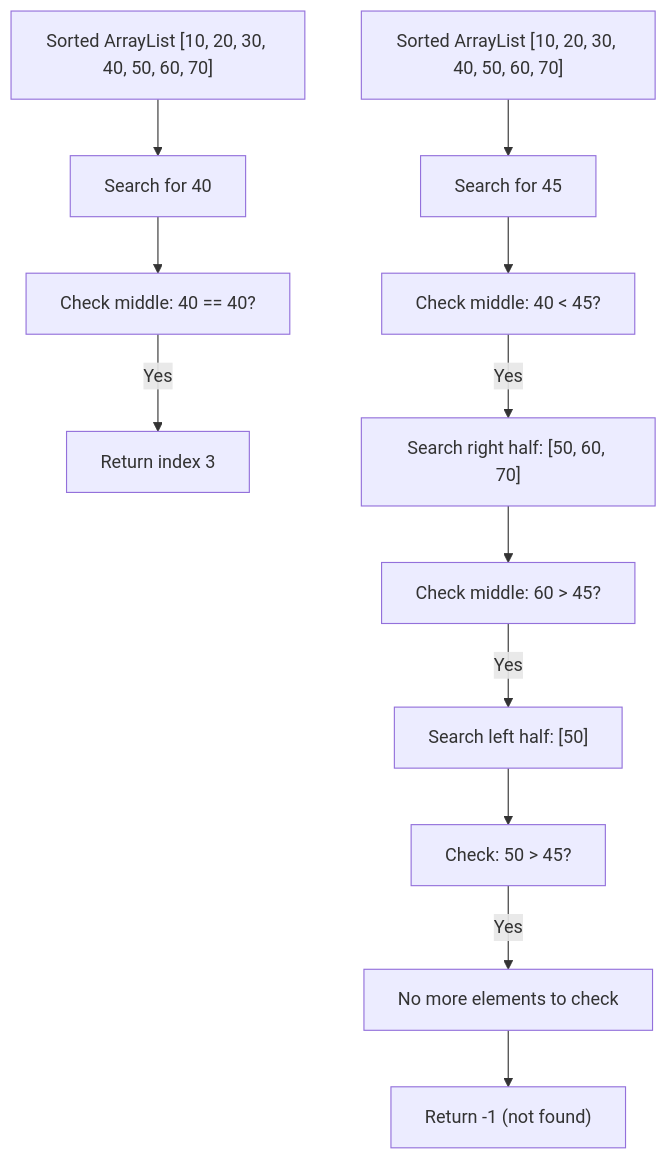
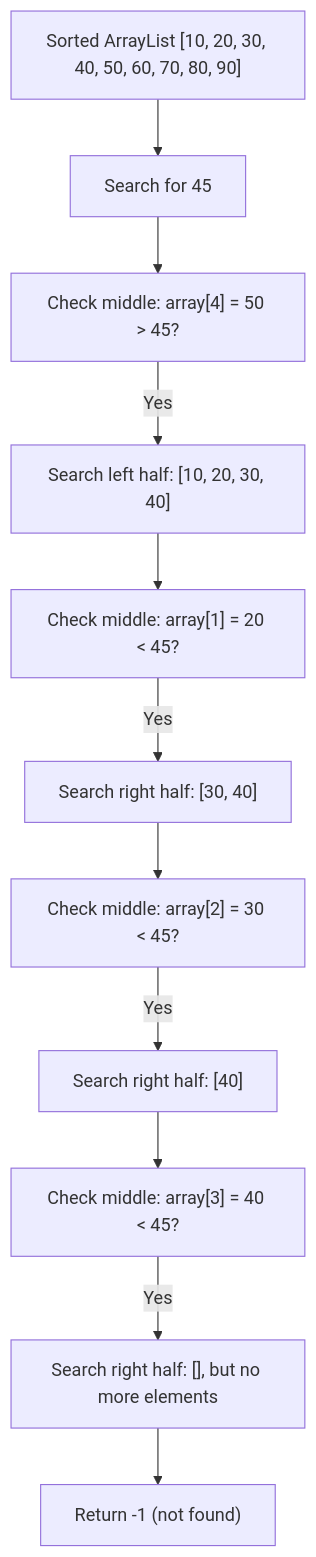
Before and after one commit to ClaudiuBogdan/musclecode-backend-main-service: the diagram in src/modules/algorithm/seed/algorithms/array-list/lessons/006_common_algorithms.md, drawn with Mermaid. The commit also changed other lines of this file and 90 other files, not shown here.

````diff
--- a/src/modules/algorithm/seed/algorithms/array-list/lessons/006_common_algorithms.md
+++ b/src/modules/algorithm/seed/algorithms/array-list/lessons/006_common_algorithms.md
@@ -100,15 +129,13 @@
 ```mermaid
 graph TD
-    A["Sorted ArrayList [10, 20, 30, 40, 50, 60, 70]"] --> B["Search for 40"]
-    B --> C["Check middle: 40 == 40?"]
-    C -->|"Yes"| D["Return index 3"]
-    
-    E["Sorted ArrayList [10, 20, 30, 40, 50, 60, 70]"] --> F["Search for 45"]
-    F --> G["Check middle: 40 < 45?"]
-    G -->|"Yes"| H["Search right half: [50, 60, 70]"]
-    H --> I["Check middle: 60 > 45?"]
-    I -->|"Yes"| J["Search left half: [50]"]
-    J --> K["Check: 50 > 45?"]
-    K -->|"Yes"| L["No more elements to check"]
-    L --> M["Return -1 (not found)"]
+    A["Sorted ArrayList [10, 20, 30, 40, 50, 60, 70, 80, 90]"] --> B["Search for 45"]
+    B --> C["Check middle: array[4] = 50 > 45?"]
+    C -->|"Yes"| D["Search left half: [10, 20, 30, 40]"]
+    D --> E["Check middle: array[1] = 20 < 45?"]
+    E -->|"Yes"| F["Search right half: [30, 40]"]
+    F --> G["Check middle: array[2] = 30 < 45?"]
+    G -->|"Yes"| H["Search right half: [40]"]
+    H --> I["Check middle: array[3] = 40 < 45?"]
+    I -->|"Yes"| J["Search right half: [], but no more elements"]
+    J --> K["Return -1 (not found)"]
 ```
````
